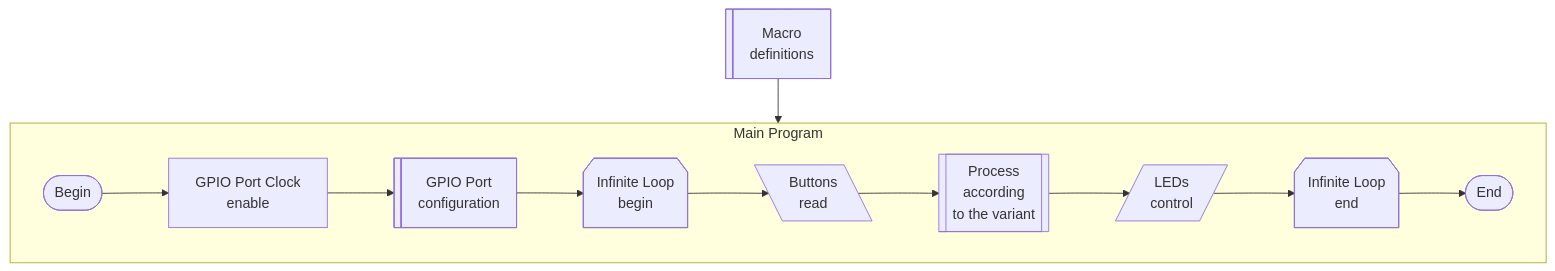
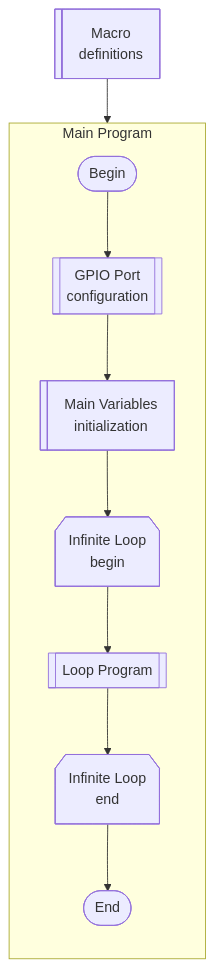
One commit to zh-v/MCU_Course changed the diagram in README.md. Above: the diagram before and after it, drawn with Mermaid.

````diff
--- a/README.md
+++ b/README.md
@@ -152,33 +152,30 @@
 ```mermaid
-flowchart TD
- subgraph s1["Main Program"]
-        n1["GPIO Port Clock<br>enable"]
+flowchart TB
+    subgraph s1["Main Program"]
+        direction TB
+        n2["Begin"]
         n3["GPIO Port<br>configuration"]
+        n4["Main Variables<br>initialization"]
         n5["Infinite Loop<br>begin"]
-        n6["Infinite Loop<br>end"]
-        n7["Process<br>according<br>to the variant"]
-        n8["Buttons<br>read"]
-        n9["LEDs<br>control"]
-        n10["Begin"]
-        n11["End"]
-  end
-    n2["Macro<br>definitions"] --> s1
-    n1 --> n3
-    n3 --> n5
-    n5 --> n8
-    n8 --> n7
-    n7 --> n9
-    n9 --> n6
-    n10 --> n1
-    n6 --> n11
+        n6["Loop Program"]
+        n7["Infinite Loop<br>end"]
+        n8["End"]
+    end
+    
+    n1["Macro<br>definitions"] --> s1
+    n2 --> n3
+    n3 --> n4
+    n4 --> n5
+    n5 --> n6
+    n6 --> n7
+    n7 --> n8
 
-    n3@{ shape: lin-proc}
+    n1@{ shape: lin-proc}
+    n2@{ shape: terminal}
+    n3@{ shape: subproc}
+    n4@{ shape: lin-proc}
     n5@{ shape: loop-limit}
-    n6@{ shape: loop-limit}
-    n7@{ shape: subproc}
-    n8@{ shape: out-in}
-    n9@{ shape: in-out}
-    n10@{ shape: terminal}
-    n11@{ shape: terminal}
-    n2@{ shape: lin-proc}
+    n6@{ shape: subproc}
+    n7@{ shape: loop-limit}
+    n8@{ shape: terminal}
 ```
````
